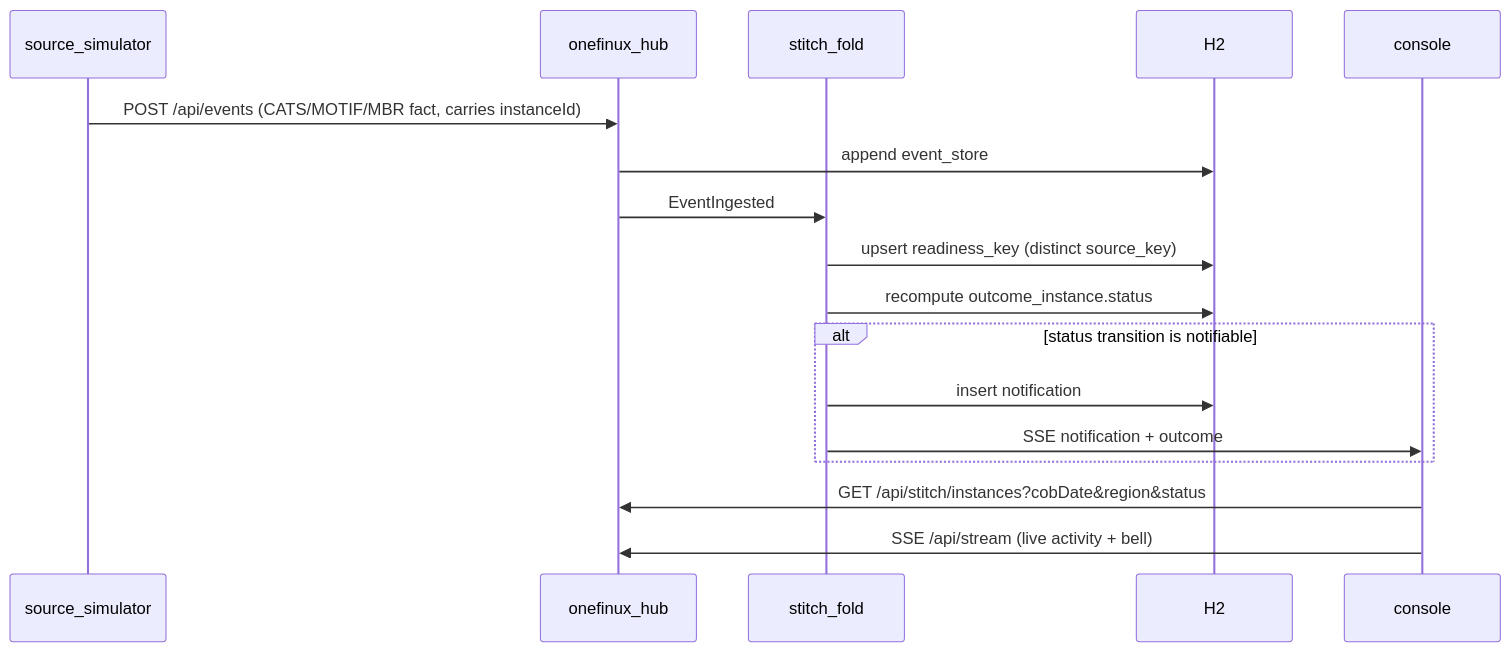
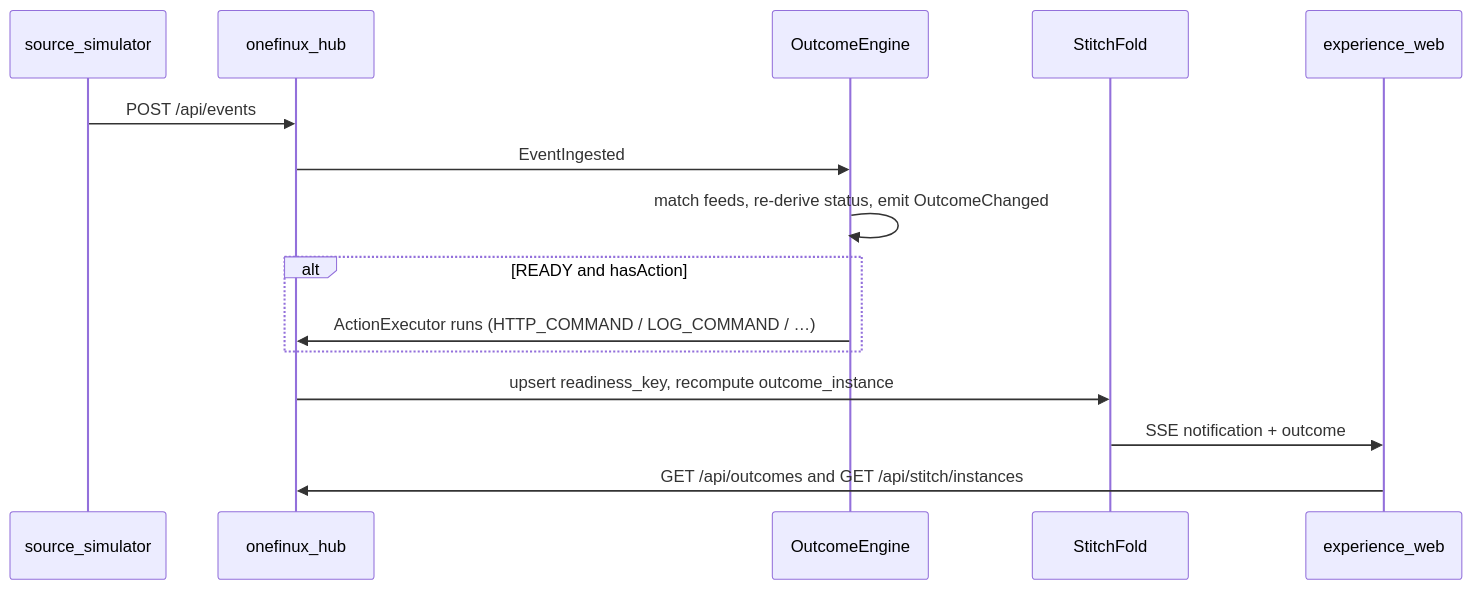
The diagram in docs/brd/application.md (praveen2025work/onefinuxdemo), drawn with Mermaid before and after one commit. The commit also changed other lines of this file and 16 other files, not shown here.

````diff
--- a/docs/brd/application.md
+++ b/docs/brd/application.md
@@ -48,19 +46,17 @@
 ```mermaid
 sequenceDiagram
   participant Sim as source_simulator
   participant Hub as onefinux_hub
-  participant Fold as stitch_fold
-  participant DB as H2
-  participant UI as console
-  Sim->>Hub: POST /api/events (CATS/MOTIF/MBR fact, carries instanceId)
-  Hub->>DB: append event_store
-  Hub->>Fold: EventIngested
-  Fold->>DB: upsert readiness_key (distinct source_key)
-  Fold->>DB: recompute outcome_instance.status
-  alt status transition is notifiable
-    Fold->>DB: insert notification
-    Fold->>UI: SSE notification + outcome
+  participant Engine as OutcomeEngine
+  participant Fold as StitchFold
+  participant UI as experience_web
+  Sim->>Hub: POST /api/events
+  Hub->>Engine: EventIngested
+  Engine->>Engine: match feeds, re-derive status, emit OutcomeChanged
+  alt READY and hasAction
+    Engine->>Hub: ActionExecutor runs (HTTP_COMMAND / LOG_COMMAND / …)
   end
-  UI->>Hub: GET /api/stitch/instances?cobDate&region&status
-  UI->>Hub: SSE /api/stream (live activity + bell)
+  Hub->>Fold: upsert readiness_key, recompute outcome_instance
+  Fold->>UI: SSE notification + outcome
+  UI->>Hub: GET /api/outcomes and GET /api/stitch/instances
 ```
````
